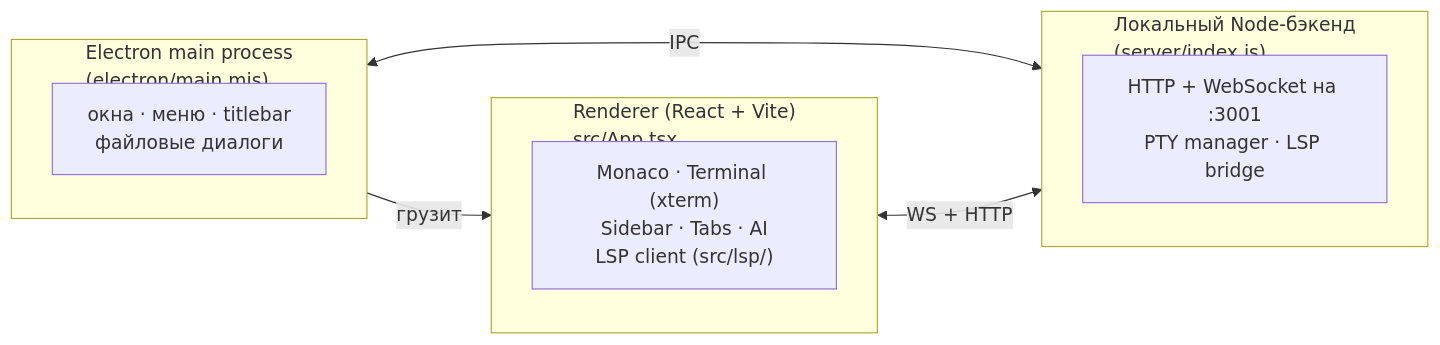
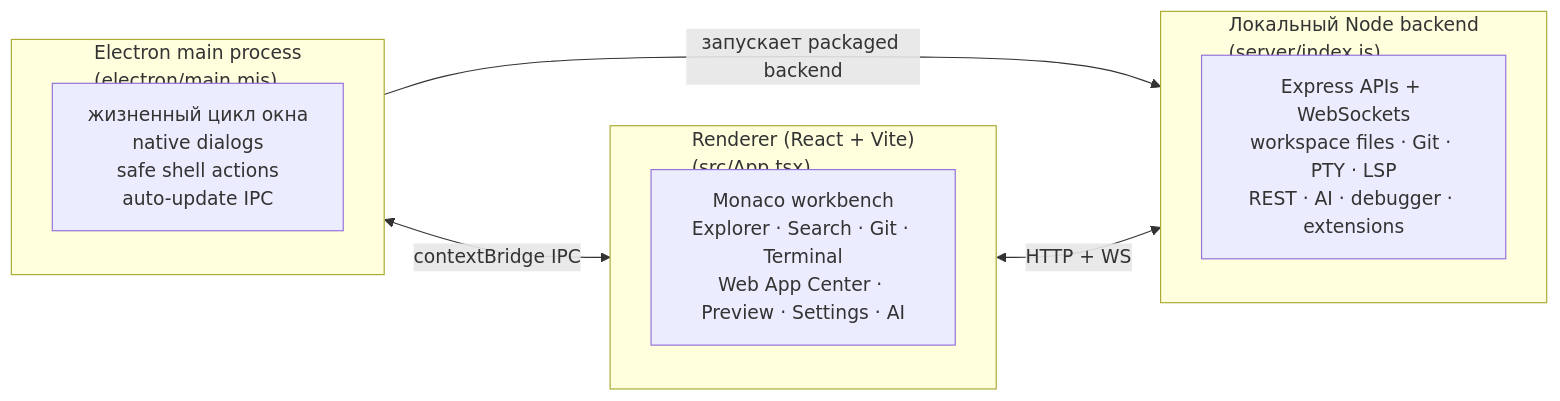
Before and after one commit to BlinkCodeOrg/BlinkCode: the diagram in docs/RU/architecture.md, drawn with Mermaid. The commit also changed other lines of this file and 1 other file, not shown here.

Commit message:
Update architecture docs

````diff
--- a/docs/RU/architecture.md
+++ b/docs/RU/architecture.md
@@ -29,21 +29,21 @@
 ```mermaid
 flowchart LR
     subgraph Electron["Electron main process<br/>(electron/main.mjs)"]
         direction TB
-        M["окна · меню · titlebar<br/>файловые диалоги"]
+        M["жизненный цикл окна<br/>native dialogs<br/>safe shell actions<br/>auto-update IPC"]
     end
 
-    subgraph Backend["Локальный Node-бэкенд<br/>(server/index.js)"]
+    subgraph Backend["Локальный Node backend<br/>(server/index.js)"]
         direction TB
-        B["HTTP + WebSocket на :3001<br/>PTY manager · LSP bridge"]
+        B["Express APIs + WebSockets<br/>workspace files · Git · PTY · LSP<br/>REST · AI · debugger · extensions"]
     end
 
-    subgraph Renderer["Renderer (React + Vite)<br/>src/App.tsx"]
+    subgraph Renderer["Renderer (React + Vite)<br/>(src/App.tsx)"]
         direction TB
-        R["Monaco · Terminal (xterm)<br/>Sidebar · Tabs · AI<br/>LSP client (src/lsp/)"]
+        R["Monaco workbench<br/>Explorer · Search · Git · Terminal<br/>Web App Center · Preview · Settings · AI"]
     end
 
-    Electron <-- IPC --> Backend
-    Electron -- грузит --> Renderer
-    Renderer <-- WS + HTTP --> Backend
+    Electron <-- "contextBridge IPC" --> Renderer
+    Electron -- "запускает packaged backend" --> Backend
+    Renderer <-- "HTTP + WS" --> Backend
 ```
````
